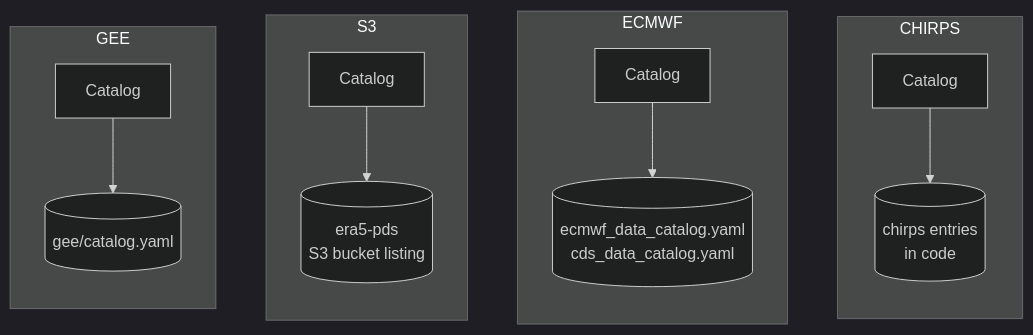
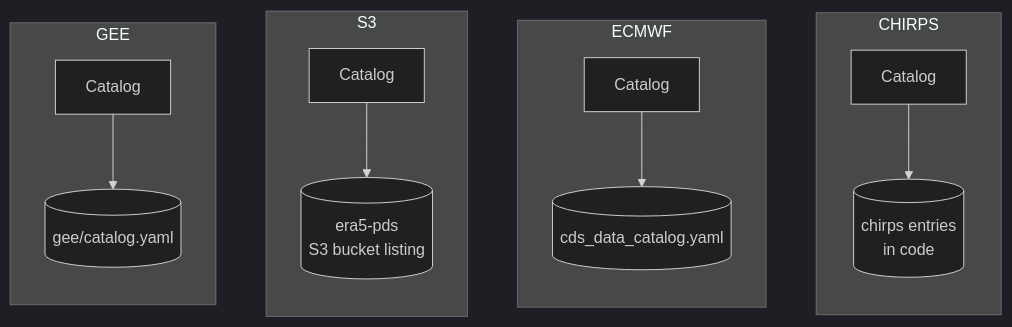
One commit to serapeum-org/earthly changed the fifth of 5 diagrams in docs/overview/architecture.md. Above: the diagram before and after it, drawn with Mermaid (dark theme). The commit also changed other lines of this file and 99 other files, not shown here.

````diff
--- a/docs/overview/architecture.md
+++ b/docs/overview/architecture.md
@@ -170,27 +171,27 @@
 ```mermaid
 flowchart TB
     subgraph CHIRPS
         direction TB
         C1[Catalog]
         C2[(chirps entries<br/>in code)]
         C1 --> C2
     end
     subgraph ECMWF
         direction TB
         E1[Catalog]
-        E2[(ecmwf_data_catalog.yaml<br/>cds_data_catalog.yaml)]
+        E2[(cds_data_catalog.yaml)]
         E1 --> E2
     end
     subgraph S3
         direction TB
         S1[Catalog]
         S2[(era5-pds<br/>S3 bucket listing)]
         S1 --> S2
     end
     subgraph GEE
         direction TB
         G1[Catalog]
         G2[(gee/catalog.yaml)]
         G1 --> G2
     end
 ```
````
